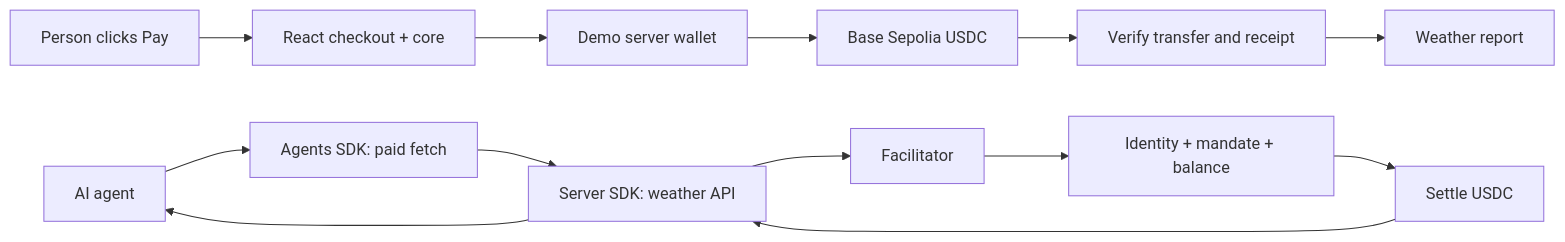
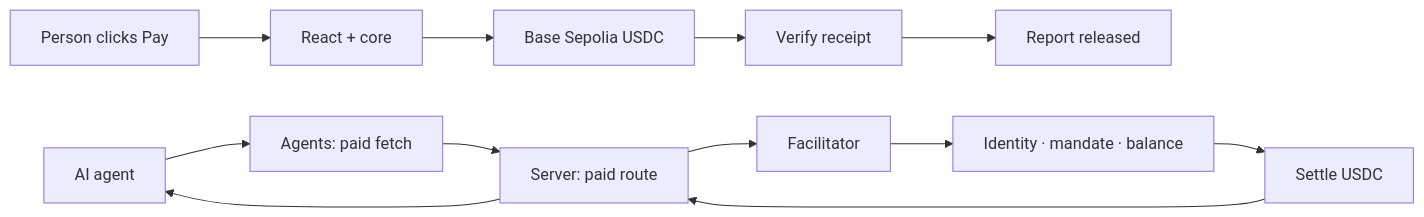
One commit to hivinaynair/lycoris changed the diagram in README.md. Above: the diagram before and after it, drawn with Mermaid. The commit also changed other lines of this file, not shown here.

````diff
--- a/README.md
+++ b/README.md
@@ -386,16 +150,14 @@
 ```mermaid
 flowchart LR
-  Person[Person clicks Pay] --> React[React checkout + core]
-  React --> Sponsor[Demo server wallet]
-  Sponsor --> USDC[Base Sepolia USDC]
-  USDC --> Receipt[Verify transfer and receipt]
-  Receipt --> Report[Weather report]
+  Person[Person clicks Pay] --> React[React + core]
+  React --> USDC[Base Sepolia USDC]
+  USDC --> Receipt[Verify receipt]
+  Receipt --> Report[Report released]
 
-  Agent[AI agent] --> PaidFetch[Agents SDK: paid fetch]
-  PaidFetch --> API[Server SDK: weather API]
+  Agent[AI agent] --> PaidFetch[Agents: paid fetch]
+  PaidFetch --> API[Server: paid route]
   API --> Facilitator[Facilitator]
-  Facilitator --> Gates[Identity + mandate + balance]
-  Gates --> Settlement[Settle USDC]
-  Settlement --> API
-  API --> Agent
+  Facilitator --> Gates[Identity · mandate · balance]
+  Gates --> Settle[Settle USDC]
+  Settle --> API --> Agent
 ```
````
